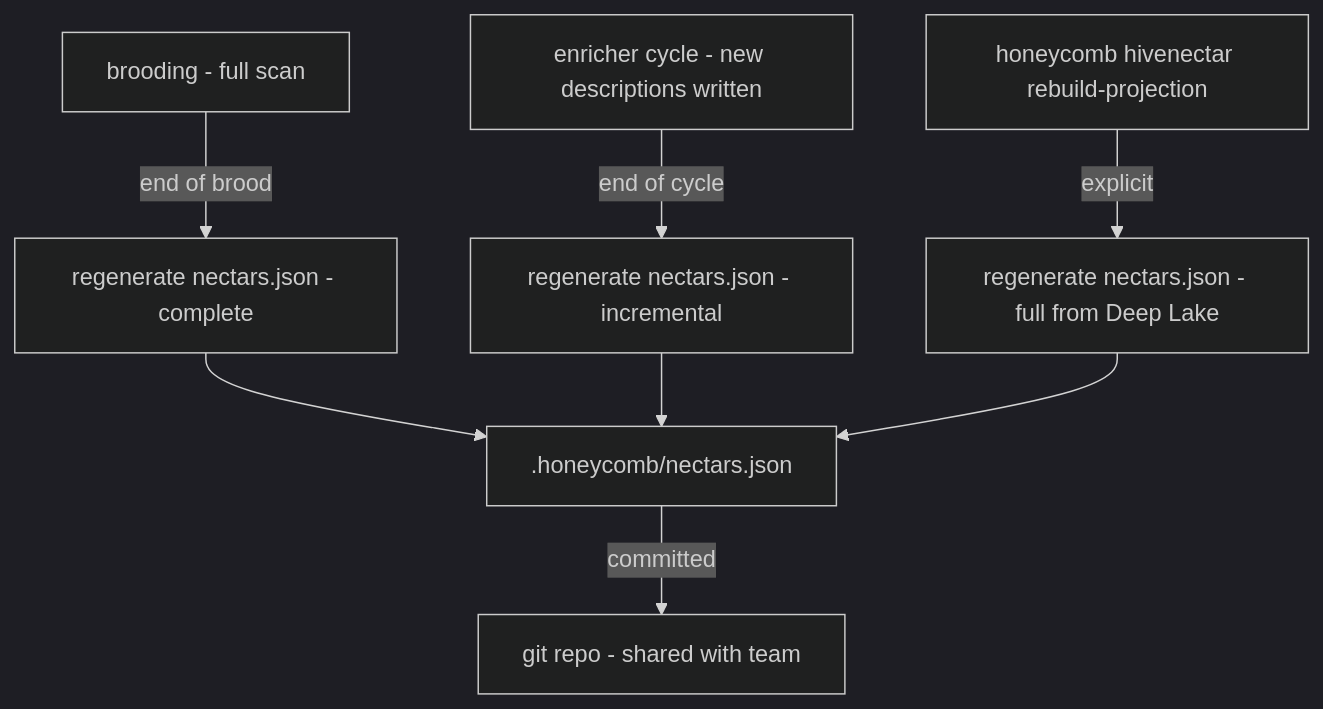
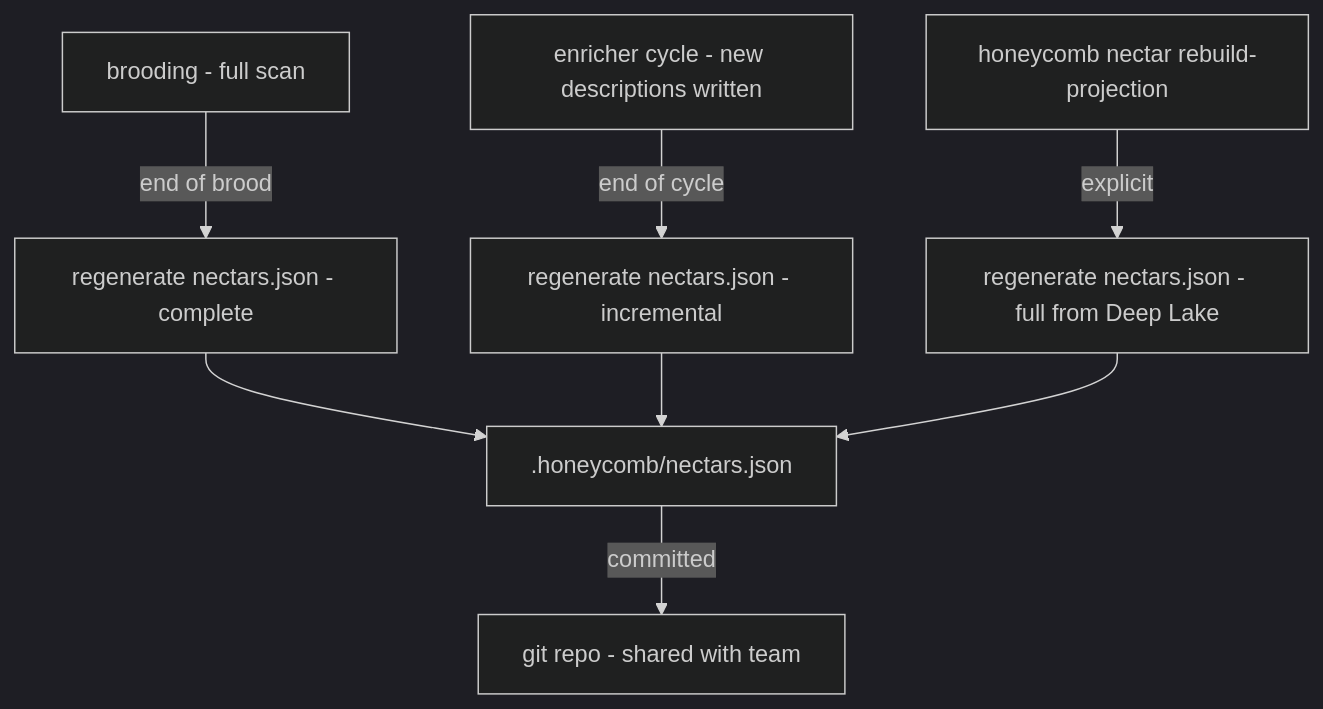
One commit to legioncodeinc/nectar changed the third of 4 diagrams in library/knowledge/private/data/portable-registry-deep-dive/portable-registry-ecosystem-story-arc.md. Above: the diagram before and after it, drawn with Mermaid (dark theme). The commit also changed other lines of this file and 337 other files, not shown here.

````diff
--- a/library/knowledge/private/data/portable-registry-deep-dive/portable-registry-ecosystem-story-arc.md
+++ b/library/knowledge/private/data/portable-registry-deep-dive/portable-registry-ecosystem-story-arc.md
@@ -90,10 +90,10 @@
 ```mermaid
 flowchart TD
     brood["brooding - full scan"] -->|"end of brood"| regen["regenerate nectars.json - complete"]
     enrich["enricher cycle - new descriptions written"] -->|"end of cycle"| regen2["regenerate nectars.json - incremental"]
-    rebuild["honeycomb hivenectar rebuild-projection"] -->|"explicit"| regen3["regenerate nectars.json - full from Deep Lake"]
+    rebuild["honeycomb nectar rebuild-projection"] -->|"explicit"| regen3["regenerate nectars.json - full from Deep Lake"]
     regen --> file[".honeycomb/nectars.json"]
     regen2 --> file
     regen3 --> file
     file -->|"committed"| repo["git repo - shared with team"]
 ```
````
